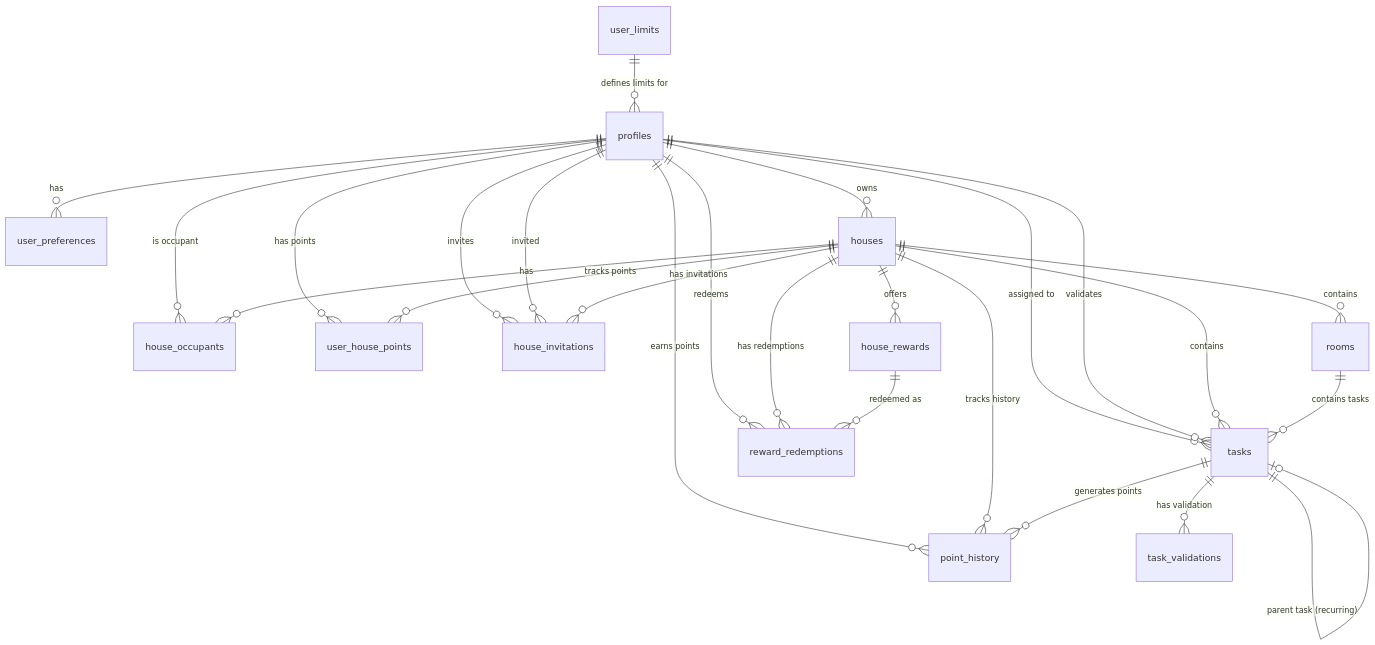
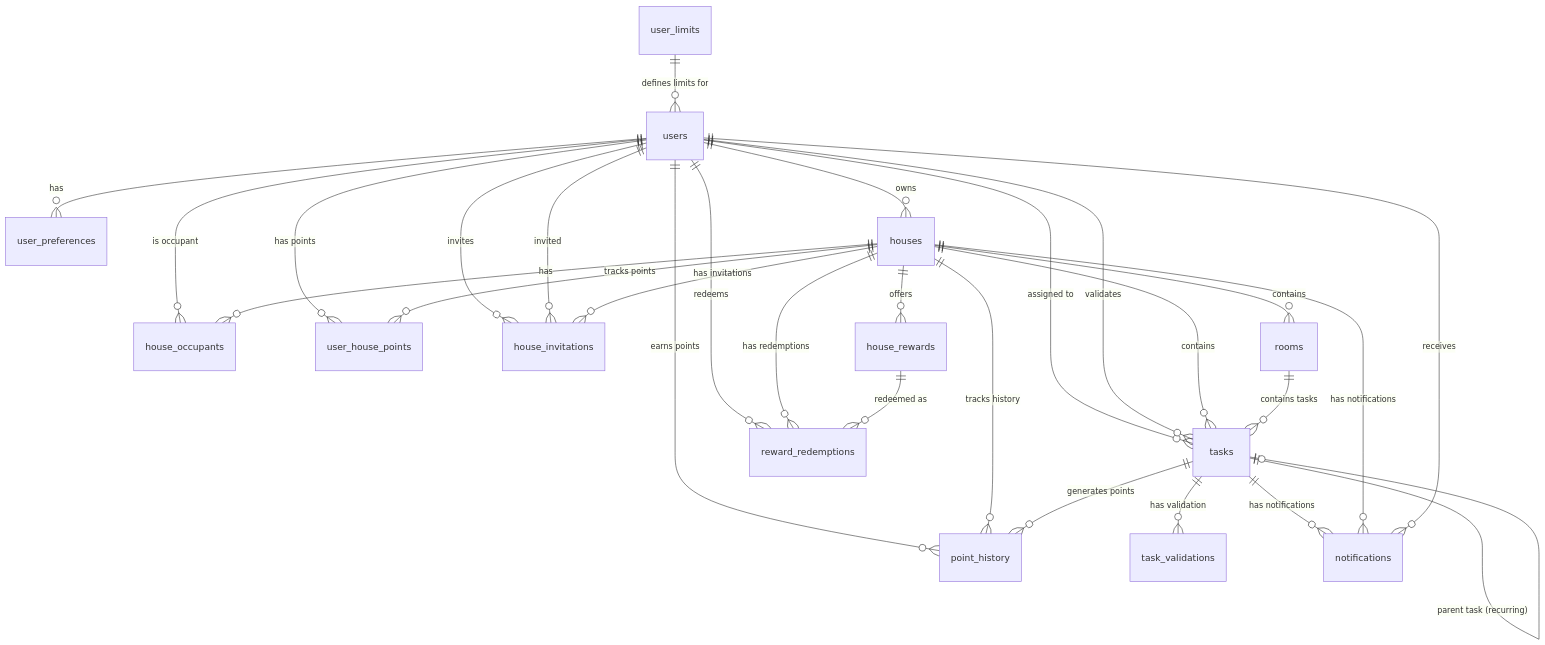
One commit to jemd15/bitify-app changed the diagram in supabaseDataBaseAgent.md. Above: the diagram before and after it, drawn with Mermaid. The commit also changed other lines of this file, not shown here.

First line of the commit message:
docs: update database documentation for notifications system

````diff
--- a/supabaseDataBaseAgent.md
+++ b/supabaseDataBaseAgent.md
@@ -20,32 +21,37 @@
 ```mermaid
 erDiagram
-    profiles ||--o{ user_preferences : has
-    profiles ||--o{ houses : owns
-    profiles ||--o{ house_occupants : "is occupant"
-    profiles ||--o{ tasks : "assigned to"
-    profiles ||--o{ tasks : "validates"
-    profiles ||--o{ user_house_points : "has points"
-    profiles ||--o{ point_history : "earns points"
-    profiles ||--o{ reward_redemptions : "redeems"
-    profiles ||--o{ house_invitations : "invites"
-    profiles ||--o{ house_invitations : "invited"
+    users ||--o{ user_preferences : has
+    users ||--o{ houses : owns
+    users ||--o{ house_occupants : "is occupant"
+    users ||--o{ tasks : "assigned to"
+    users ||--o{ tasks : "validates"
+    users ||--o{ user_house_points : "has points"
+    users ||--o{ point_history : "earns points"
+    users ||--o{ reward_redemptions : "redeems"
+    users ||--o{ house_invitations : "invites"
+    users ||--o{ house_invitations : "invited"
 
     houses ||--o{ house_occupants : has
     houses ||--o{ rooms : contains
     houses ||--o{ tasks : contains
     houses ||--o{ user_house_points : "tracks points"
     houses ||--o{ point_history : "tracks history"
     houses ||--o{ house_rewards : offers
     houses ||--o{ reward_redemptions : "has redemptions"
     houses ||--o{ house_invitations : "has invitations"
 
     rooms ||--o{ tasks : "contains tasks"
 
     tasks ||--o{ task_validations : "has validation"
     tasks ||--o{ point_history : "generates points"
     tasks ||--o| tasks : "parent task (recurring)"
+    tasks ||--o{ notifications : "has notifications"
+
+    houses ||--o{ notifications : "has notifications"
+
+    users ||--o{ notifications : "receives"
 
     house_rewards ||--o{ reward_redemptions : "redeemed as"
 
-    user_limits ||--o{ profiles : "defines limits for"
+    user_limits ||--o{ users : "defines limits for"
 ```
````
